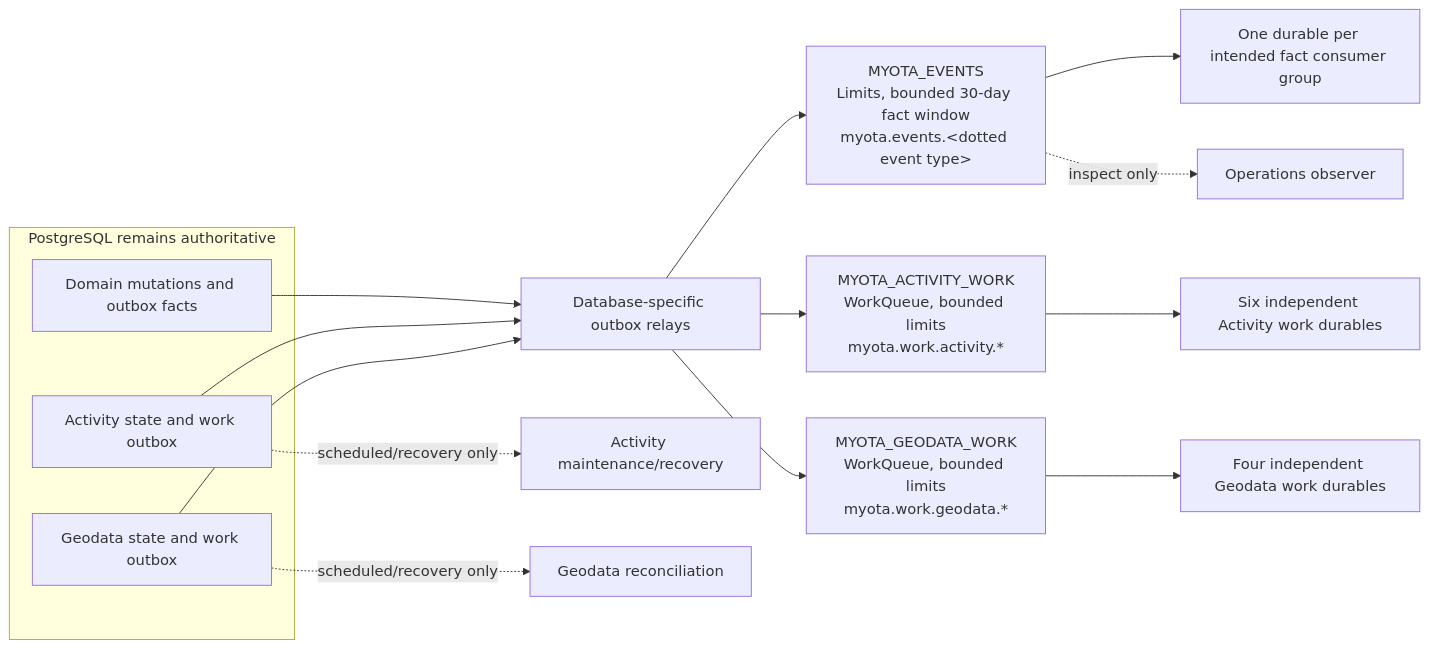
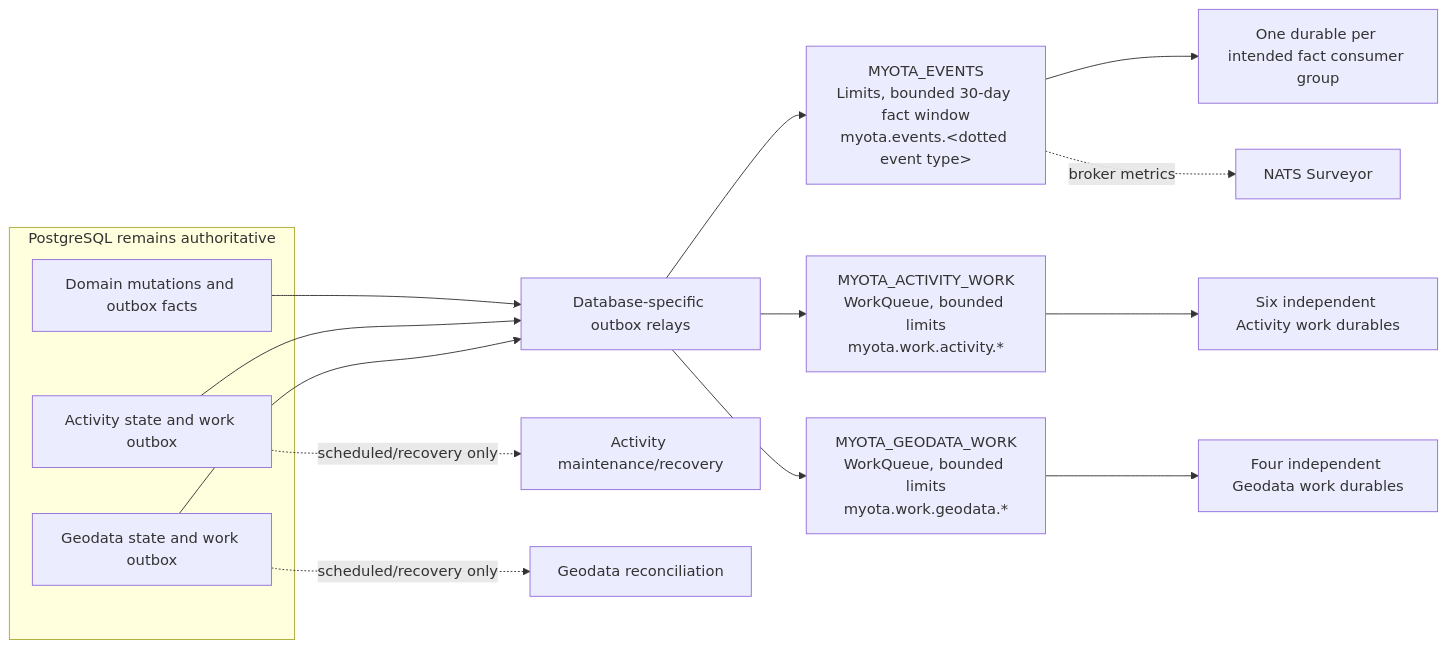
The third of 3 diagrams in docs/architecture/diagrams/nats-event-migration.md (myota-platform/myota-docs), drawn with Mermaid before and after one commit. The commit also changed other lines of this file and 19 other files, not shown here.

````diff
--- a/docs/architecture/diagrams/nats-event-migration.md
+++ b/docs/architecture/diagrams/nats-event-migration.md
@@ -89,20 +90,20 @@
 ```mermaid
 flowchart LR
   subgraph DB[PostgreSQL remains authoritative]
     F[Domain mutations and outbox facts]
     AW[Activity state and work outbox]
     GW[Geodata state and work outbox]
   end
   F --> R[Database-specific outbox relays]
   AW --> R
   GW --> R
   R --> ES[MYOTA_EVENTS<br/>Limits, bounded 30-day fact window<br/>myota.events.&lt;dotted event type&gt;]
   ES --> CG[One durable per intended fact consumer group]
   R --> AS[MYOTA_ACTIVITY_WORK<br/>WorkQueue, bounded limits<br/>myota.work.activity.*]
   AS --> AC[Six independent Activity work durables]
   R --> GS[MYOTA_GEODATA_WORK<br/>WorkQueue, bounded limits<br/>myota.work.geodata.*]
   GS --> GC[Four independent Geodata work durables]
   AW -. scheduled/recovery only .-> AR[Activity maintenance/recovery]
   GW -. scheduled/recovery only .-> GR[Geodata reconciliation]
-  ES -. inspect only .-> O[Operations observer]
+  ES -. broker metrics .-> S[NATS Surveyor]
 ```
````
